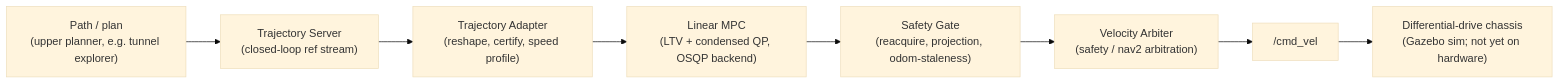
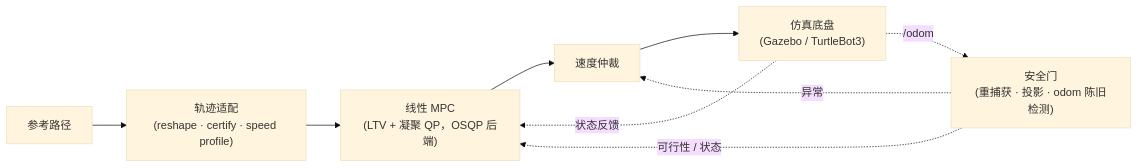
Before and after one commit to yeezhouyi/linear_mpc_controller: the first of 2 diagrams in README.md, drawn with Mermaid (base theme). The commit also changed other lines of this file, not shown here.

````diff
--- a/README.md
+++ b/README.md
@@ -24,13 +39,11 @@
 ```mermaid
 flowchart LR
-    Plan["Path / plan<br/>(upper planner, e.g. tunnel explorer)"]
-    TS["Trajectory Server<br/>(closed-loop ref stream)"]
-    TA["Trajectory Adapter<br/>(reshape, certify, speed profile)"]
-    MPC["Linear MPC<br/>(LTV + condensed QP, OSQP backend)"]
-    Gate["Safety Gate<br/>(reacquire, projection, odom-staleness)"]
-    VA["Velocity Arbiter<br/>(safety / nav2 arbitration)"]
-    Cmd["/cmd_vel"]
-    Robot["Differential-drive chassis<br/>(Gazebo sim; not yet on hardware)"]
-
-    Plan --> TS --> TA --> MPC --> Gate --> VA --> Cmd --> Robot
+    REF["参考路径"] --> ADAPT["轨迹适配<br/>(reshape · certify · speed profile)"]
+    ADAPT --> MPC["线性 MPC<br/>(LTV + 凝聚 QP，OSQP 后端)"]
+    MPC --> ARB["速度仲裁"]
+    ARB --> CHASSIS["仿真底盘<br/>(Gazebo / TurtleBot3)"]
+    CHASSIS -. 状态反馈 .-> MPC
+    CHASSIS -. /odom .-> GATE["安全门<br/>(重捕获 · 投影 · odom 陈旧检测)"]
+    GATE -. 可行性 / 状态 .-> MPC
+    GATE -. 异常 .-> ARB
 ```
````
